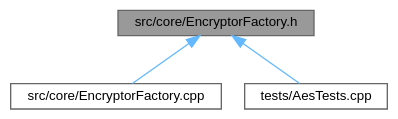
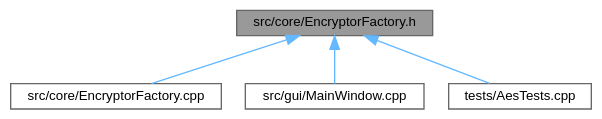
Before and after one commit to wwerniss/aes-encryptor: the diagram in EncryptorFactory_8h__dep__incl.dot, drawn with Graphviz. The commit also changed 86 other files, not shown here.

```diff
--- a/EncryptorFactory_8h__dep__incl.dot
+++ b/EncryptorFactory_8h__dep__incl.dot
@@ -1,12 +1,14 @@
 digraph "src/core/EncryptorFactory.h"
 {
  // LATEX_PDF_SIZE
   bgcolor="transparent";
   edge [fontname=Helvetica,fontsize=10,labelfontname=Helvetica,labelfontsize=10];
   node [fontname=Helvetica,fontsize=10,shape=box,height=0.2,width=0.4];
   Node1 [id="Node000001",label="src/core/EncryptorFactory.h",height=0.2,width=0.4,color="gray40", fillcolor="grey60", style="filled", fontcolor="black",tooltip=" "];
   Node1 -> Node2 [id="edge1_Node000001_Node000002",dir="back",color="steelblue1",style="solid",tooltip=" "];
   Node2 [id="Node000002",label="src/core/EncryptorFactory.cpp",height=0.2,width=0.4,color="grey40", fillcolor="white", style="filled",URL="$EncryptorFactory_8cpp.html",tooltip=" "];
   Node1 -> Node3 [id="edge2_Node000001_Node000003",dir="back",color="steelblue1",style="solid",tooltip=" "];
-  Node3 [id="Node000003",label="tests/AesTests.cpp",height=0.2,width=0.4,color="grey40", fillcolor="white", style="filled",URL="$AesTests_8cpp.html",tooltip=" "];
+  Node3 [id="Node000003",label="src/gui/MainWindow.cpp",height=0.2,width=0.4,color="grey40", fillcolor="white", style="filled",URL="$MainWindow_8cpp.html",tooltip=" "];
+  Node1 -> Node4 [id="edge3_Node000001_Node000004",dir="back",color="steelblue1",style="solid",tooltip=" "];
+  Node4 [id="Node000004",label="tests/AesTests.cpp",height=0.2,width=0.4,color="grey40", fillcolor="white", style="filled",URL="$AesTests_8cpp.html",tooltip=" "];
 }
```
